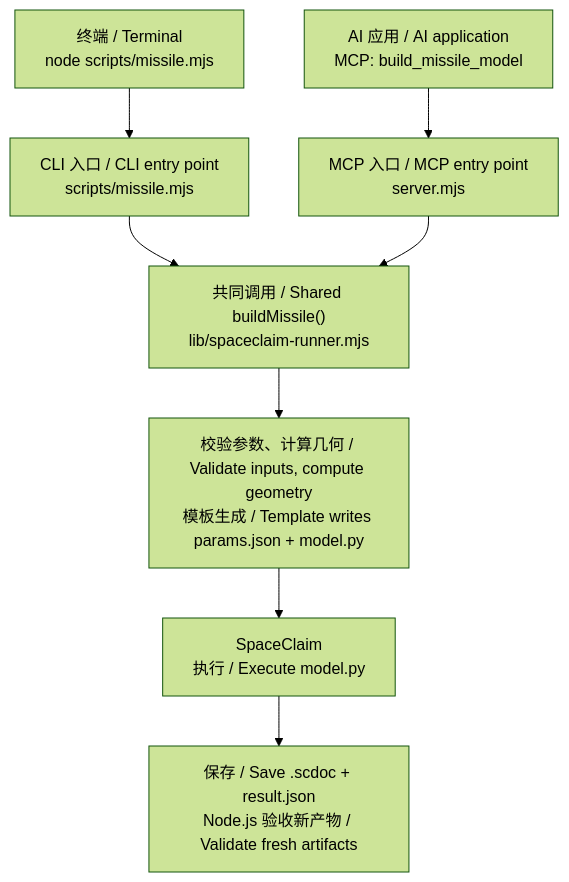
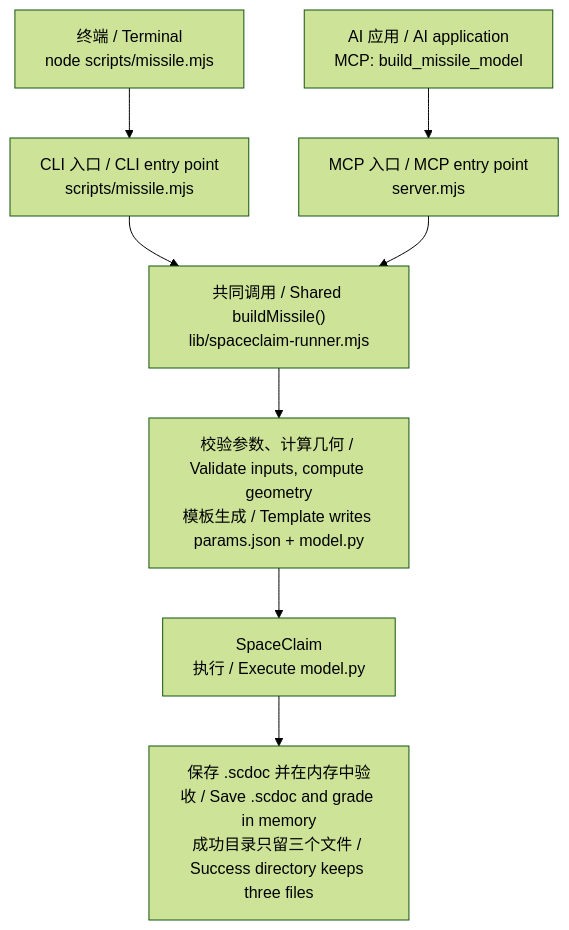
One commit to Chen-Xin-Yuan/AutoWorkflow-Spaceclaim-Fluent-ML changed the diagram in spaceclaim/README.bilingual.md. Above: the diagram before and after it, drawn with Mermaid (forest theme). The commit also changed other lines of this file and 14 other files, not shown here.

````diff
--- a/spaceclaim/README.bilingual.md
+++ b/spaceclaim/README.bilingual.md
@@ -71,10 +71,10 @@
 ```mermaid
 flowchart TD
     A["终端 / Terminal<br/>node scripts/missile.mjs"] --> C["CLI 入口 / CLI entry point<br/>scripts/missile.mjs"]
     B["AI 应用 / AI application<br/>MCP: build_missile_model"] --> D["MCP 入口 / MCP entry point<br/>server.mjs"]
     C --> E["共同调用 / Shared buildMissile()<br/>lib/spaceclaim-runner.mjs"]
     D --> E
     E --> F["校验参数、计算几何 / Validate inputs, compute geometry<br/>模板生成 / Template writes params.json + model.py"]
     F --> G["SpaceClaim<br/>执行 / Execute model.py"]
-    G --> H["保存 / Save .scdoc + result.json<br/>Node.js 验收新产物 / Validate fresh artifacts"]
+    G --> H["保存 .scdoc 并在内存中验收 / Save .scdoc and grade in memory<br/>成功目录只留三个文件 / Success directory keeps three files"]
 ```
````
